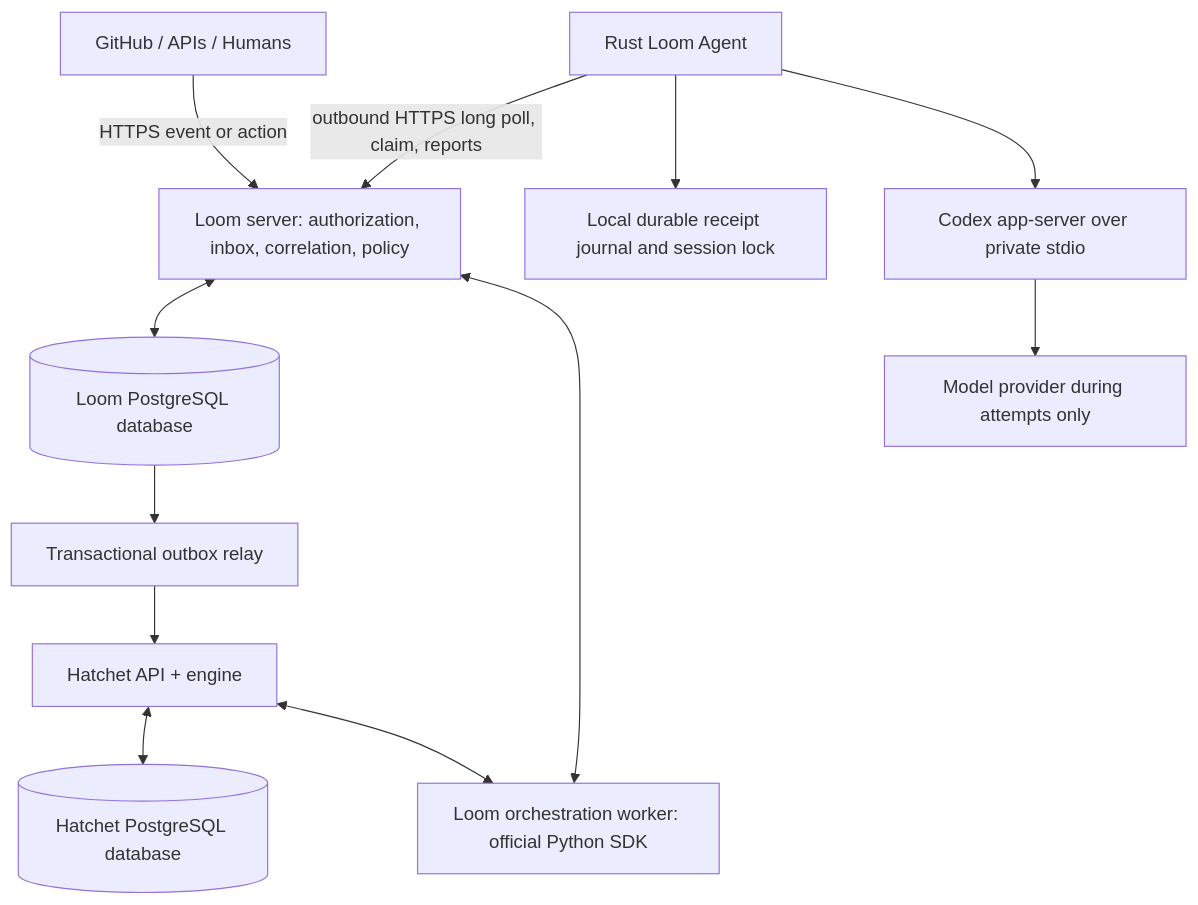
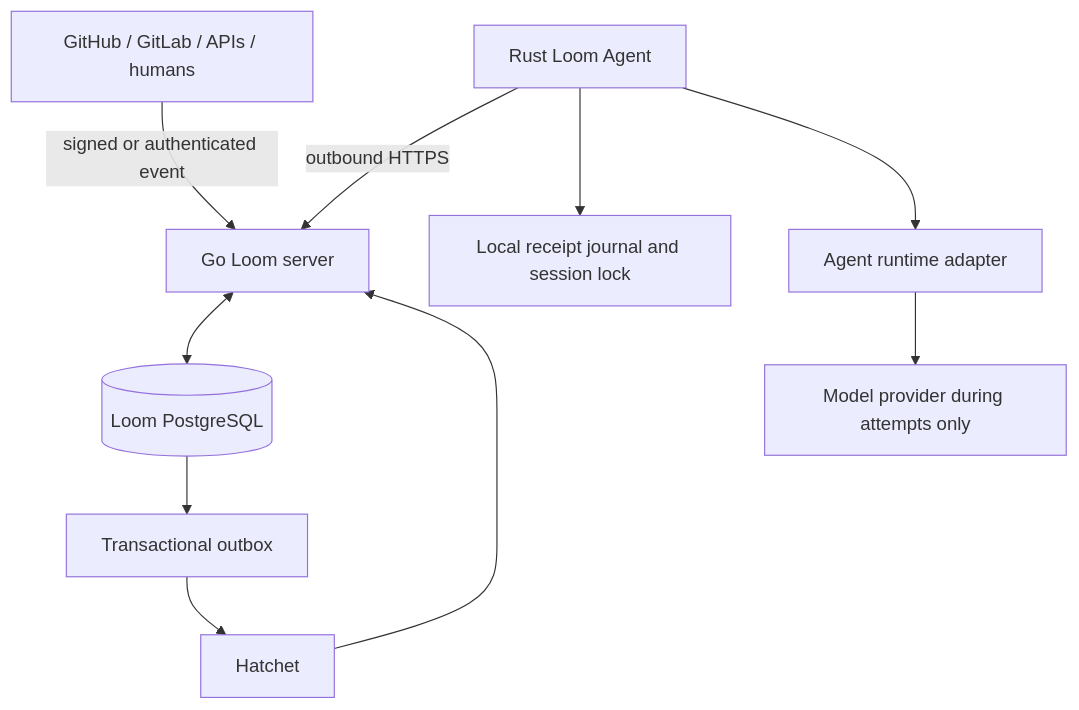
One commit to piglor/loom changed the diagram in docs/architecture.md. Above: the diagram before and after it, drawn with Mermaid. The commit also changed other lines of this file and 225 other files, not shown here.

````diff
--- a/docs/architecture.md
+++ b/docs/architecture.md
@@ -13,14 +7,12 @@
 ```mermaid
 flowchart TB
-    X[GitHub / APIs / Humans] -->|HTTPS event or action| S[Loom server: authorization, inbox, correlation, policy]
-    S <--> P[(Loom PostgreSQL database)]
-    P --> O[Transactional outbox relay]
-    O --> H[Hatchet API + engine]
-    H <--> HP[(Hatchet PostgreSQL database)]
-    H <--> C[Loom orchestration worker: official Python SDK]
-    C <--> S
-    A[Rust Loom Agent] -->|outbound HTTPS long poll, claim, reports| S
-    A --> J[Local durable receipt journal and session lock]
-    A --> R[Codex app-server over private stdio]
+    X[GitHub / GitLab / APIs / humans] -->|signed or authenticated event| S[Go Loom server]
+    S <--> P[(Loom PostgreSQL)]
+    P --> O[Transactional outbox]
+    O --> H[Hatchet]
+    H --> S
+    A[Rust Loom Agent] -->|outbound HTTPS| S
+    A --> J[Local receipt journal and session lock]
+    A --> R[Agent runtime adapter]
     R --> M[Model provider during attempts only]
 ```
````
